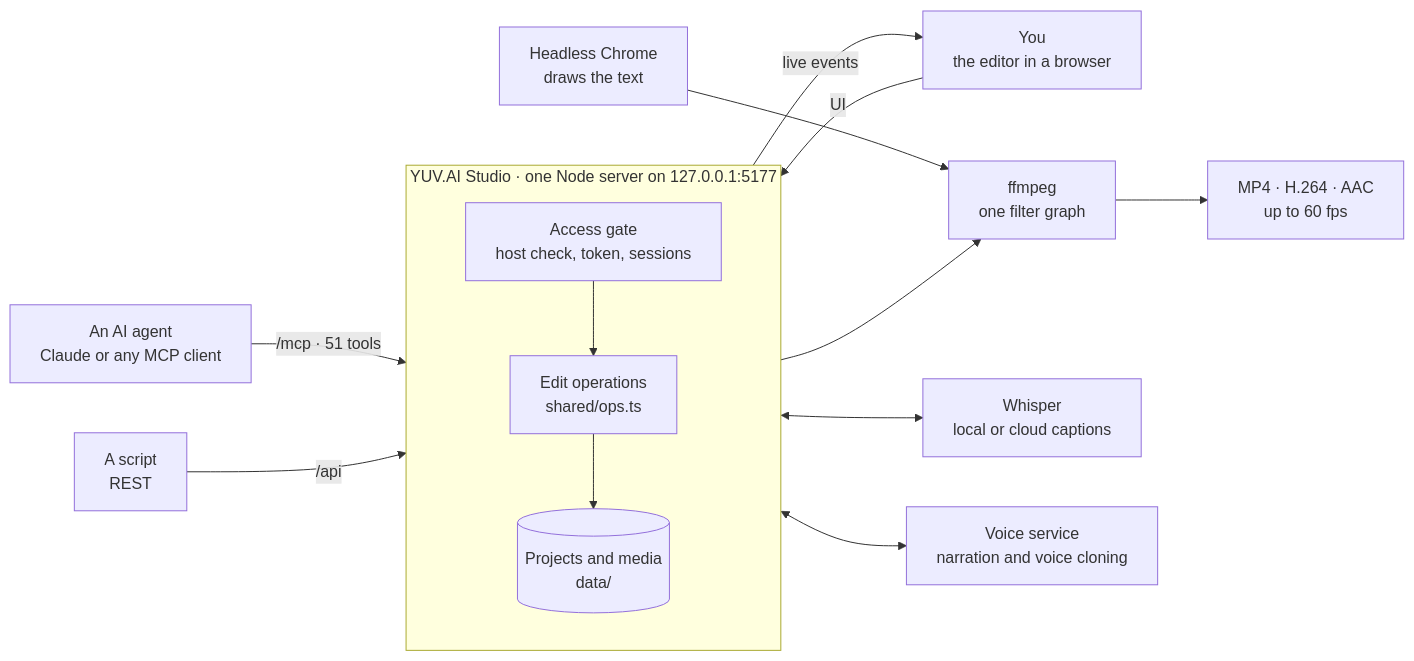
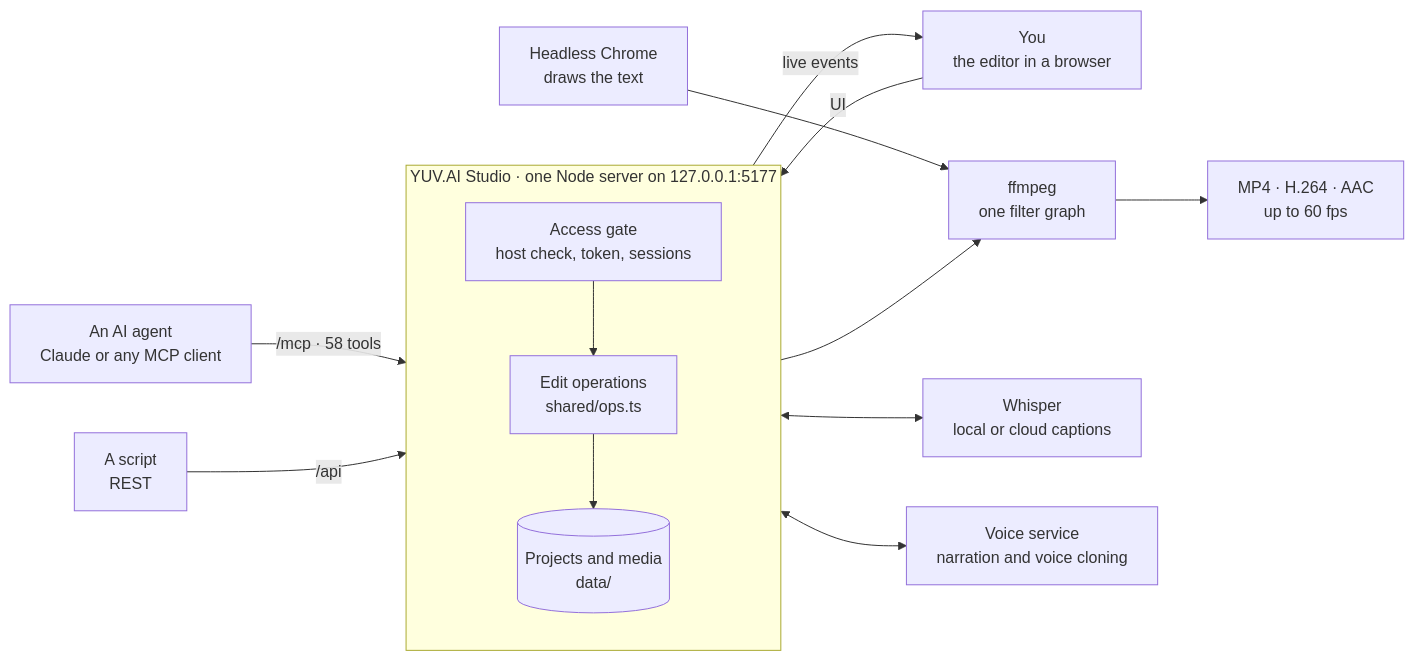
The diagram in README.md (hoodini/yuv-studio), drawn with Mermaid before and after one commit. The commit also changed other lines of this file and 22 other files, not shown here.

Commit message:
Smart tools: edit by text, filler word removal, shorts finder, vertical reframe following the face, clean voice; 58 MCP tools

````diff
--- a/README.md
+++ b/README.md
@@ -120,25 +125,25 @@
 ```mermaid
 flowchart LR
   you["You<br/>the editor in a browser"]
   agent["An AI agent<br/>Claude or any MCP client"]
   script["A script<br/>REST"]
 
   subgraph studio["YUV.AI Studio · one Node server on 127.0.0.1:5177"]
     direction TB
     gate["Access gate<br/>host check, token, sessions"]
     ops["Edit operations<br/>shared/ops.ts"]
     store[("Projects and media<br/>data/")]
     gate --> ops --> store
   end
 
   you -- "UI" --> gate
-  agent -- "/mcp · 51 tools" --> gate
+  agent -- "/mcp · 58 tools" --> gate
   script -- "/api" --> gate
 
   ops -- "live events" --> you
   store --> ffmpeg["ffmpeg<br/>one filter graph"]
   chrome["Headless Chrome<br/>draws the text"] --> ffmpeg
   ffmpeg --> mp4["MP4 · H.264 · AAC<br/>up to 60 fps"]
   store <--> whisper["Whisper<br/>local or cloud captions"]
   store <--> voice["Voice service<br/>narration and voice cloning"]
 ```
````
